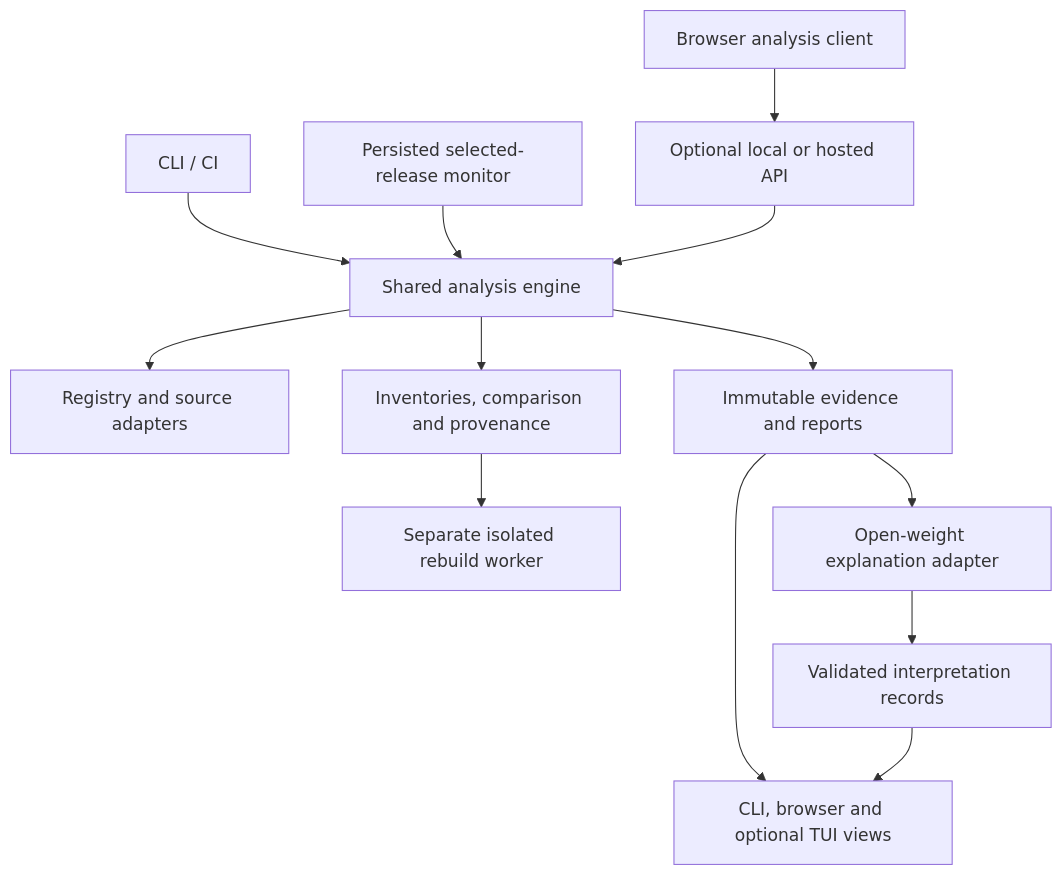
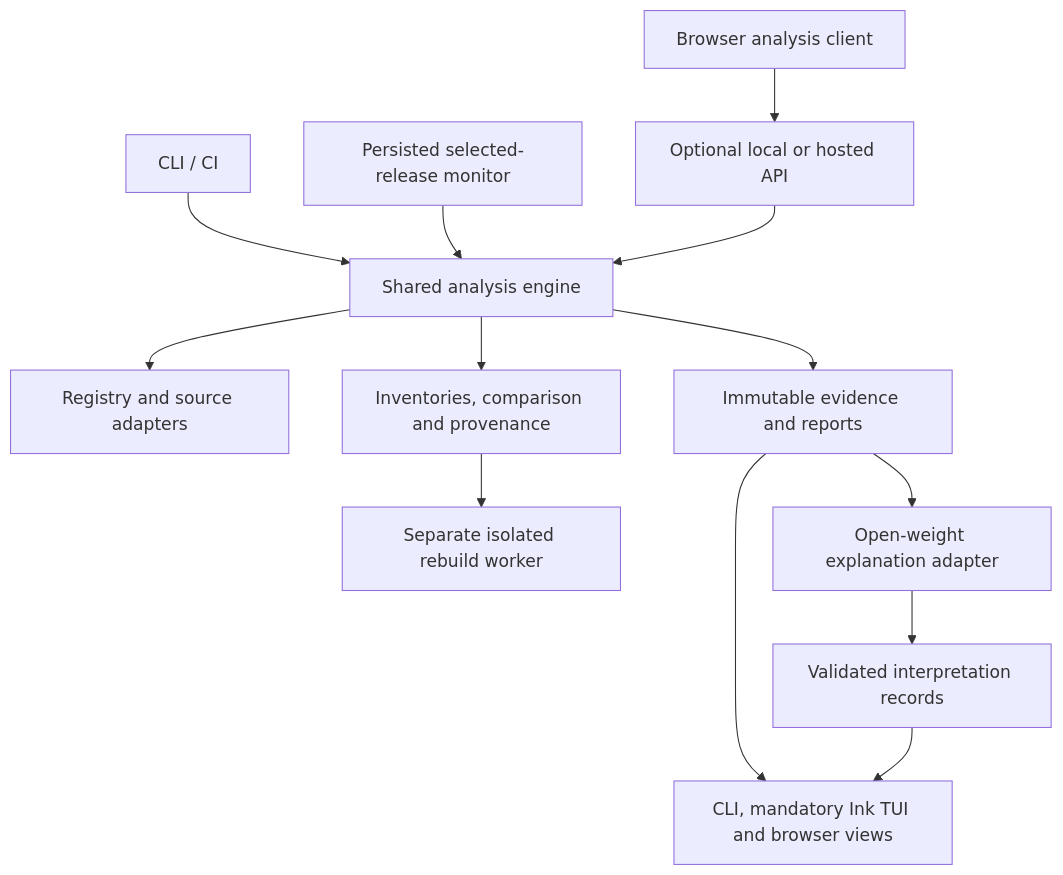
The diagram in README.md (sumnlikeshane/Heurisko), drawn with Mermaid before and after one commit. The commit also changed other lines of this file and 108 other files, not shown here.

````diff
--- a/README.md
+++ b/README.md
@@ -137,15 +137,15 @@
 ```mermaid
 flowchart TD
     CLI["CLI / CI"] --> Engine["Shared analysis engine"]
     Monitor["Persisted selected-release monitor"] --> Engine
     Client["Browser analysis client"] --> API["Optional local or hosted API"]
     API --> Engine
     Engine --> Inputs["Registry and source adapters"]
     Engine --> Checks["Inventories, comparison and provenance"]
     Checks --> Build["Separate isolated rebuild worker"]
     Engine --> Reports["Immutable evidence and reports"]
     Reports --> Model["Open-weight explanation adapter"]
     Model --> Annotations["Validated interpretation records"]
-    Reports --> Views["CLI, browser and optional TUI views"]
+    Reports --> Views["CLI, mandatory Ink TUI and browser views"]
     Annotations --> Views
 ```
````
